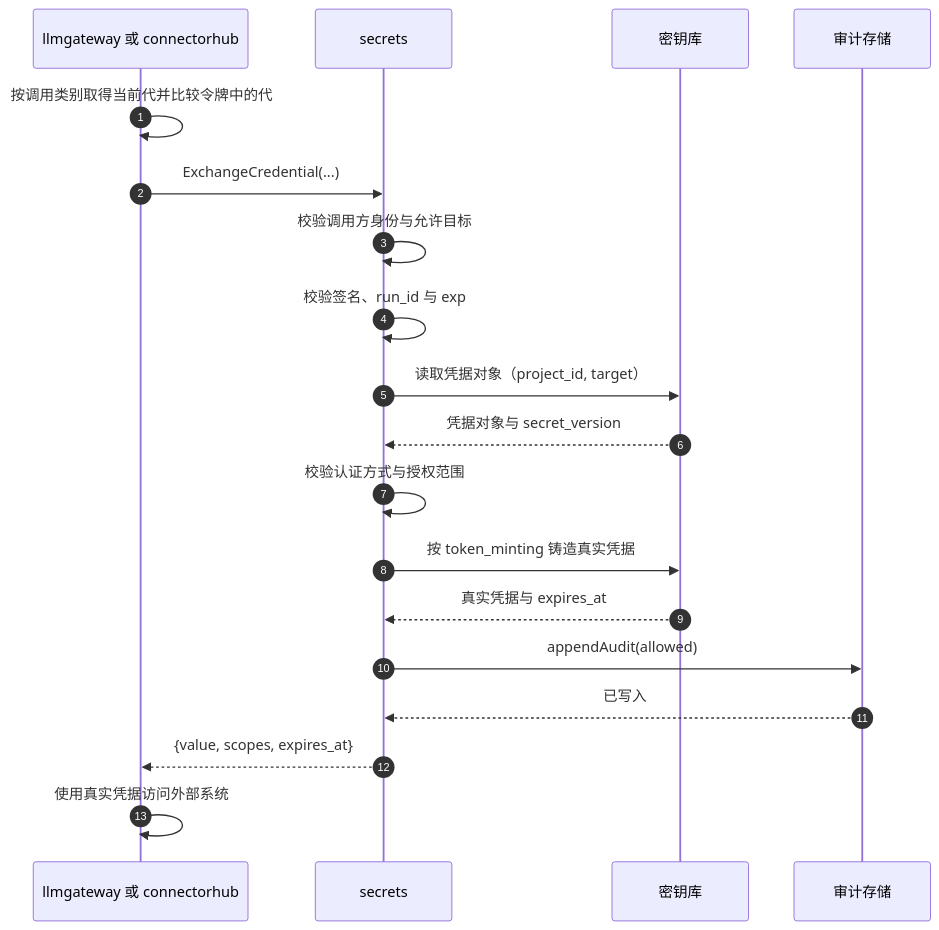
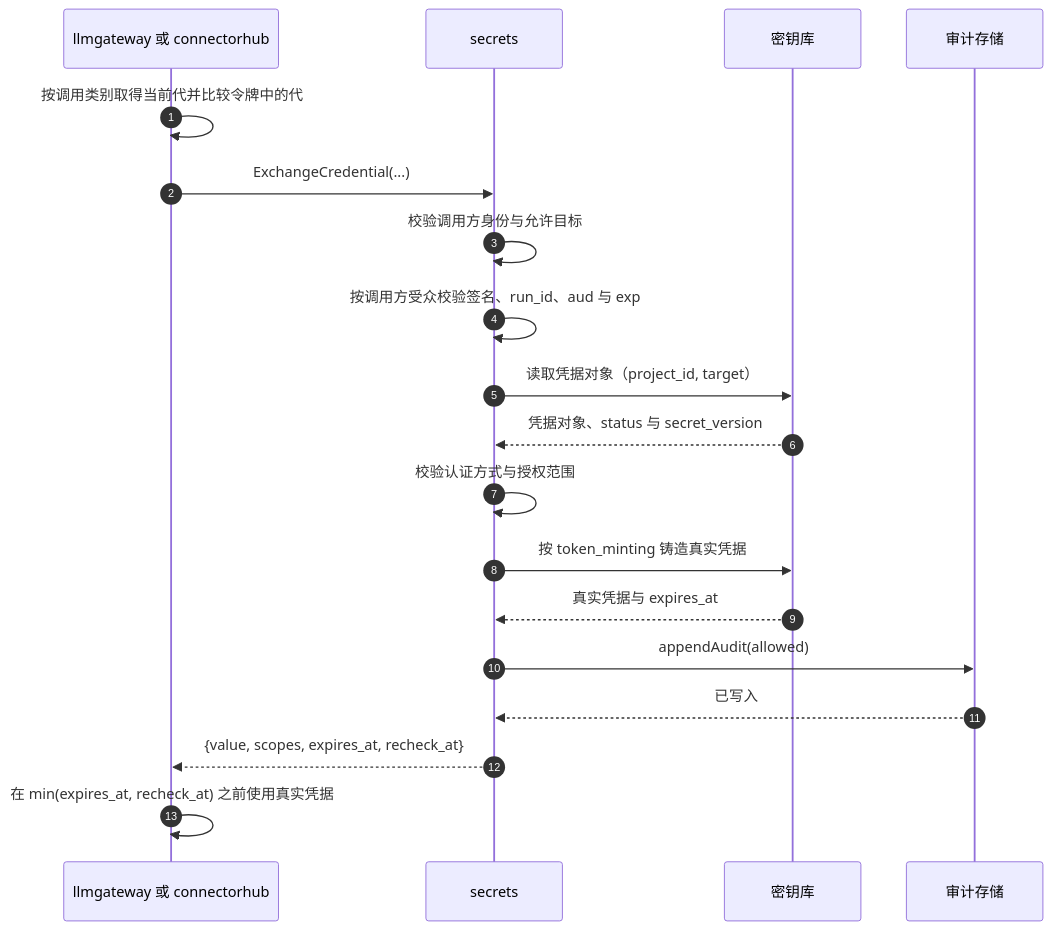
One commit to wangzw/castworks changed the third of 4 diagrams in docs/design/modules/design-secrets.md. Above: the diagram before and after it, drawn with Mermaid. The commit also changed other lines of this file and 29 other files, not shown here.

````diff
--- a/docs/design/modules/design-secrets.md
+++ b/docs/design/modules/design-secrets.md
@@ -335,21 +431,21 @@
 ```mermaid
 sequenceDiagram
     autonumber
     participant G as llmgateway 或 connectorhub
     participant S as secrets
     participant V as 密钥库
     participant A as 审计存储
     G->>G: 按调用类别取得当前代并比较令牌中的代
     G->>S: ExchangeCredential(...)
     S->>S: 校验调用方身份与允许目标
-    S->>S: 校验签名、run_id 与 exp
+    S->>S: 按调用方受众校验签名、run_id、aud 与 exp
     S->>V: 读取凭据对象（project_id, target）
-    V-->>S: 凭据对象与 secret_version
+    V-->>S: 凭据对象、status 与 secret_version
     S->>S: 校验认证方式与授权范围
     S->>V: 按 token_minting 铸造真实凭据
     V-->>S: 真实凭据与 expires_at
     S->>A: appendAudit(allowed)
     A-->>S: 已写入
-    S-->>G: {value, scopes, expires_at}
-    G->>G: 使用真实凭据访问外部系统
+    S-->>G: {value, scopes, expires_at, recheck_at}
+    G->>G: 在 min(expires_at, recheck_at) 之前使用真实凭据
 ```
````
